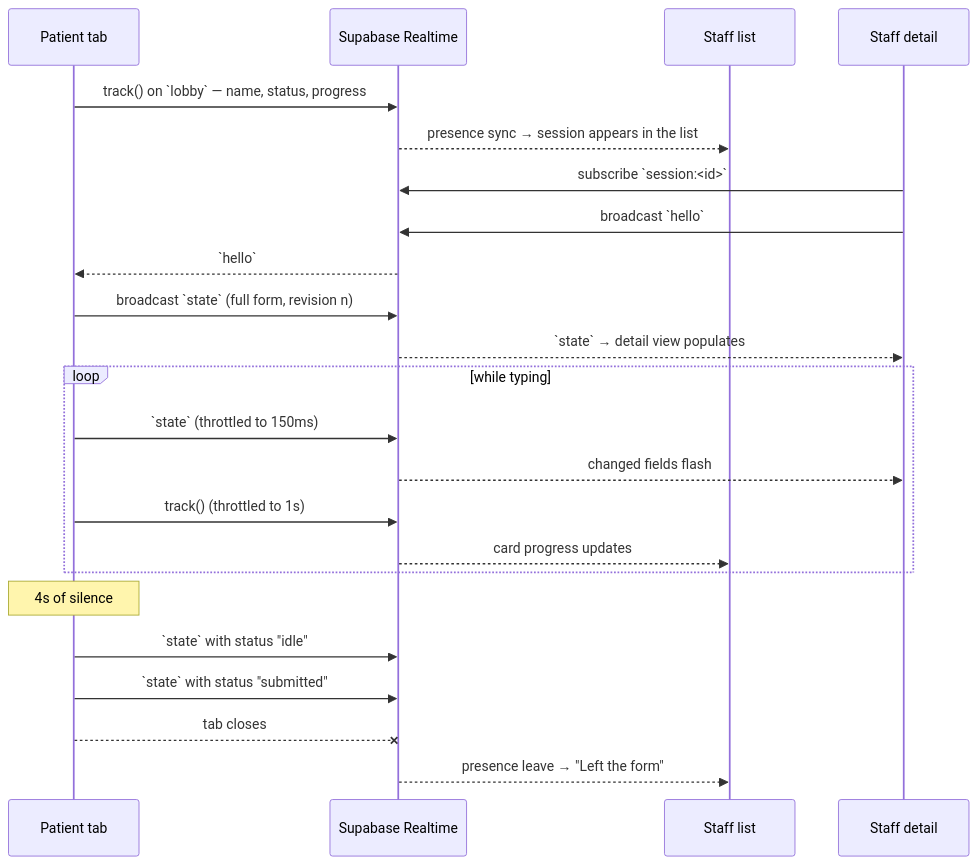
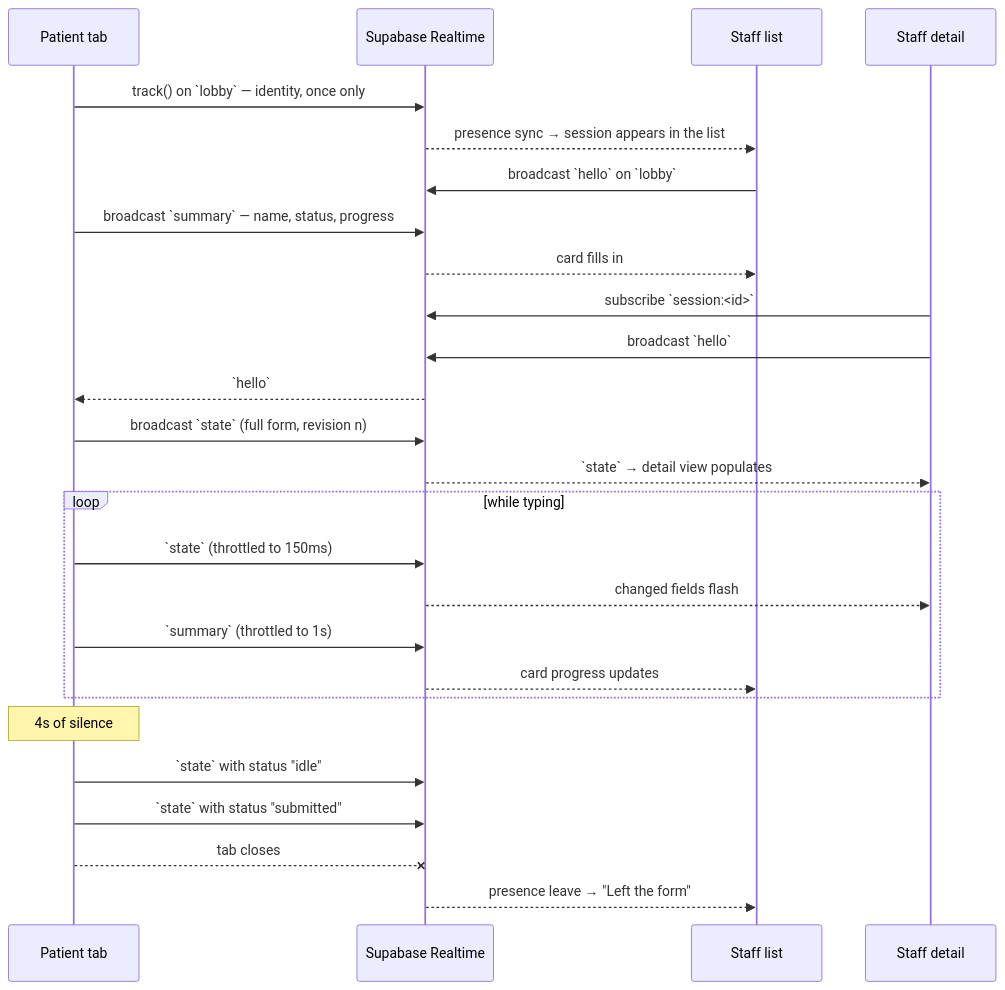
Before and after one commit to minkhantko-0/agnos-patient-form: the diagram in README.md, drawn with Mermaid. The commit also changed other lines of this file and 4 other files, not shown here.

````diff
--- a/README.md
+++ b/README.md
@@ -185,31 +185,34 @@
 ```mermaid
 sequenceDiagram
     participant P as Patient tab
     participant SB as Supabase Realtime
     participant L as Staff list
     participant D as Staff detail
 
-    P->>SB: track() on `lobby` — name, status, progress
+    P->>SB: track() on `lobby` — identity, once only
     SB-->>L: presence sync → session appears in the list
+    L->>SB: broadcast `hello` on `lobby`
+    P->>SB: broadcast `summary` — name, status, progress
+    SB-->>L: card fills in
 
     D->>SB: subscribe `session:<id>`
     D->>SB: broadcast `hello`
     SB-->>P: `hello`
     P->>SB: broadcast `state` (full form, revision n)
     SB-->>D: `state` → detail view populates
 
     loop while typing
         P->>SB: `state` (throttled to 150ms)
         SB-->>D: changed fields flash
-        P->>SB: track() (throttled to 1s)
+        P->>SB: `summary` (throttled to 1s)
         SB-->>L: card progress updates
     end
 
     Note over P: 4s of silence
     P->>SB: `state` with status "idle"
 
     P->>SB: `state` with status "submitted"
 
     P--xSB: tab closes
     SB-->>L: presence leave → "Left the form"
 ```
````
